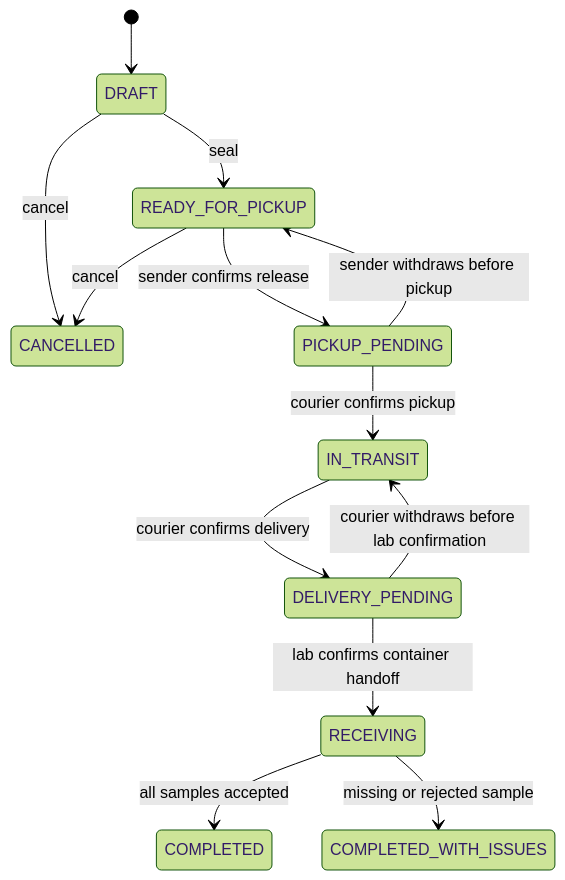
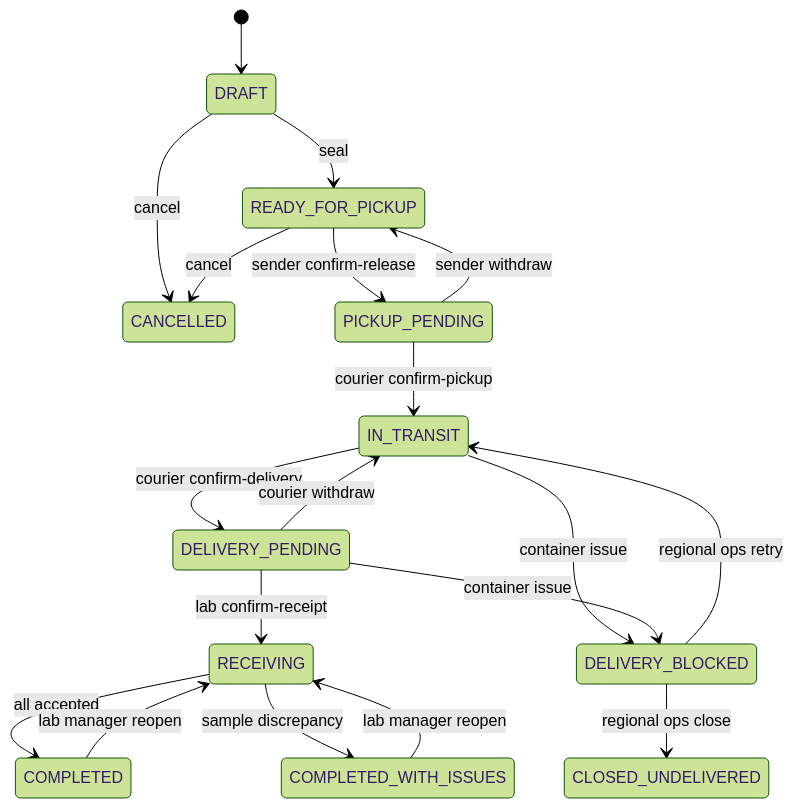
One commit to vladweat/labtrack changed the diagram in docs/03-domain-and-workflows.md. Above: the diagram before and after it, drawn with Mermaid (forest theme). The commit also changed other lines of this file and 25 other files, not shown here.

````diff
--- a/docs/03-domain-and-workflows.md
+++ b/docs/03-domain-and-workflows.md
@@ -48,15 +56,21 @@
 ```mermaid
 stateDiagram-v2
     [*] --> DRAFT
     DRAFT --> READY_FOR_PICKUP: seal
     DRAFT --> CANCELLED: cancel
     READY_FOR_PICKUP --> CANCELLED: cancel
-    READY_FOR_PICKUP --> PICKUP_PENDING: sender confirms release
-    PICKUP_PENDING --> READY_FOR_PICKUP: sender withdraws before pickup
-    PICKUP_PENDING --> IN_TRANSIT: courier confirms pickup
-    IN_TRANSIT --> DELIVERY_PENDING: courier confirms delivery
-    DELIVERY_PENDING --> IN_TRANSIT: courier withdraws before lab confirmation
-    DELIVERY_PENDING --> RECEIVING: lab confirms container handoff
-    RECEIVING --> COMPLETED: all samples accepted
-    RECEIVING --> COMPLETED_WITH_ISSUES: missing or rejected sample
+    READY_FOR_PICKUP --> PICKUP_PENDING: sender confirm-release
+    PICKUP_PENDING --> READY_FOR_PICKUP: sender withdraw
+    PICKUP_PENDING --> IN_TRANSIT: courier confirm-pickup
+    IN_TRANSIT --> DELIVERY_PENDING: courier confirm-delivery
+    DELIVERY_PENDING --> IN_TRANSIT: courier withdraw
+    DELIVERY_PENDING --> RECEIVING: lab confirm-receipt
+    IN_TRANSIT --> DELIVERY_BLOCKED: container issue
+    DELIVERY_PENDING --> DELIVERY_BLOCKED: container issue
+    DELIVERY_BLOCKED --> IN_TRANSIT: regional ops retry
+    DELIVERY_BLOCKED --> CLOSED_UNDELIVERED: regional ops close
+    RECEIVING --> COMPLETED: all accepted
+    RECEIVING --> COMPLETED_WITH_ISSUES: sample discrepancy
+    COMPLETED --> RECEIVING: lab manager reopen
+    COMPLETED_WITH_ISSUES --> RECEIVING: lab manager reopen
 ```
````
